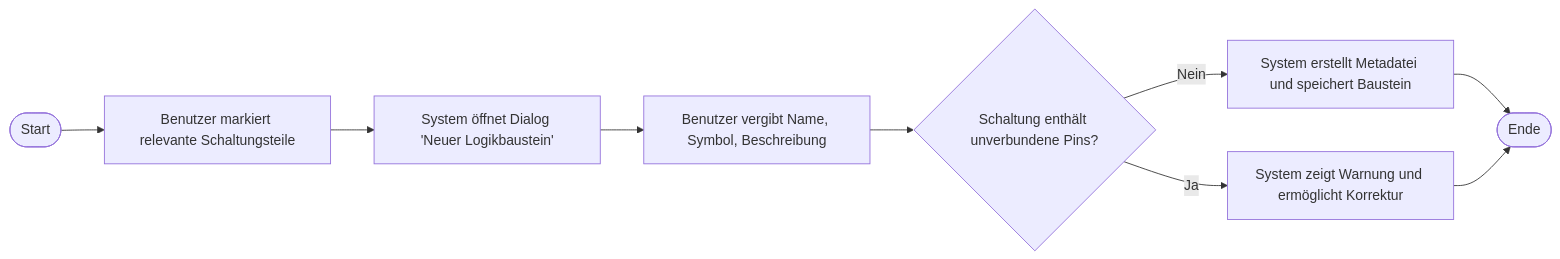
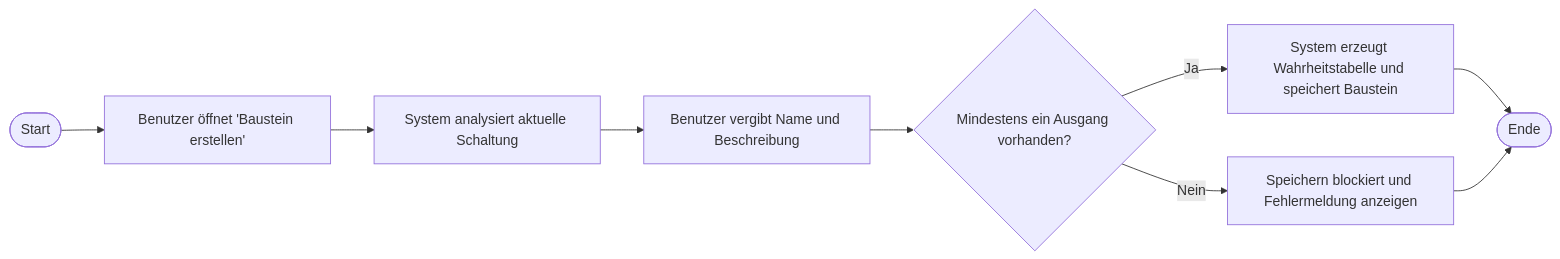
One commit to BitFlow-DHBW/BitFlow changed the ninth of 43 diagrams in docs/use_cases/software_requirements_specification.md. Above: the diagram before and after it, drawn with Mermaid. The commit also changed other lines of this file and 9 other files, not shown here.

````diff
--- a/docs/use_cases/software_requirements_specification.md
+++ b/docs/use_cases/software_requirements_specification.md
@@ -441,11 +489,11 @@
 ```mermaid
 flowchart LR
-	D1([Start]) --> D2["Benutzer markiert relevante Schaltungsteile"]
-	D2 --> D3["System öffnet Dialog 'Neuer Logikbaustein'"]
-	D3 --> D4["Benutzer vergibt Name, Symbol, Beschreibung"]
-	D4 --> D5{"Schaltung enthält unverbundene Pins?"}
-	D5 -->|Nein| D6["System erstellt Metadatei und speichert Baustein"]
-	D5 -->|Ja| D7["System zeigt Warnung und ermöglicht Korrektur"]
+	D1([Start]) --> D2["Benutzer öffnet 'Baustein erstellen'"]
+	D2 --> D3["System analysiert aktuelle Schaltung"]
+	D3 --> D4["Benutzer vergibt Name und Beschreibung"]
+	D4 --> D5{"Mindestens ein Ausgang vorhanden?"}
+	D5 -->|Ja| D6["System erzeugt Wahrheitstabelle und speichert Baustein"]
+	D5 -->|Nein| D7["Speichern blockiert und Fehlermeldung anzeigen"]
 	D6 --> D8([Ende])
 	D7 --> D8
 ```
````
